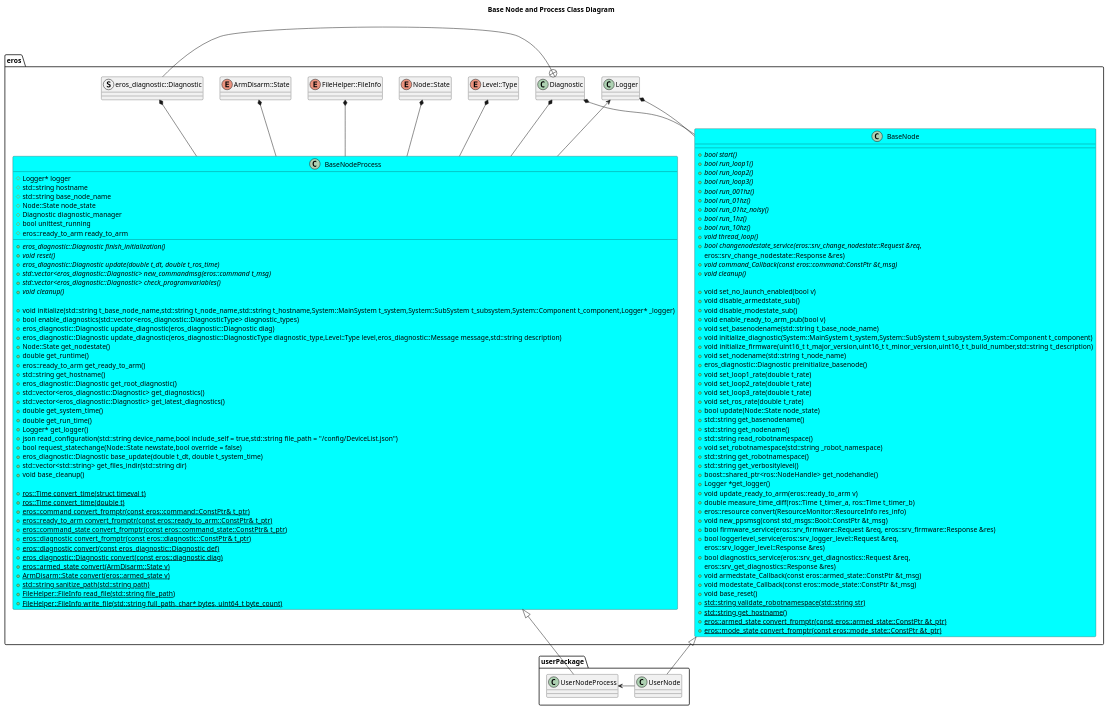
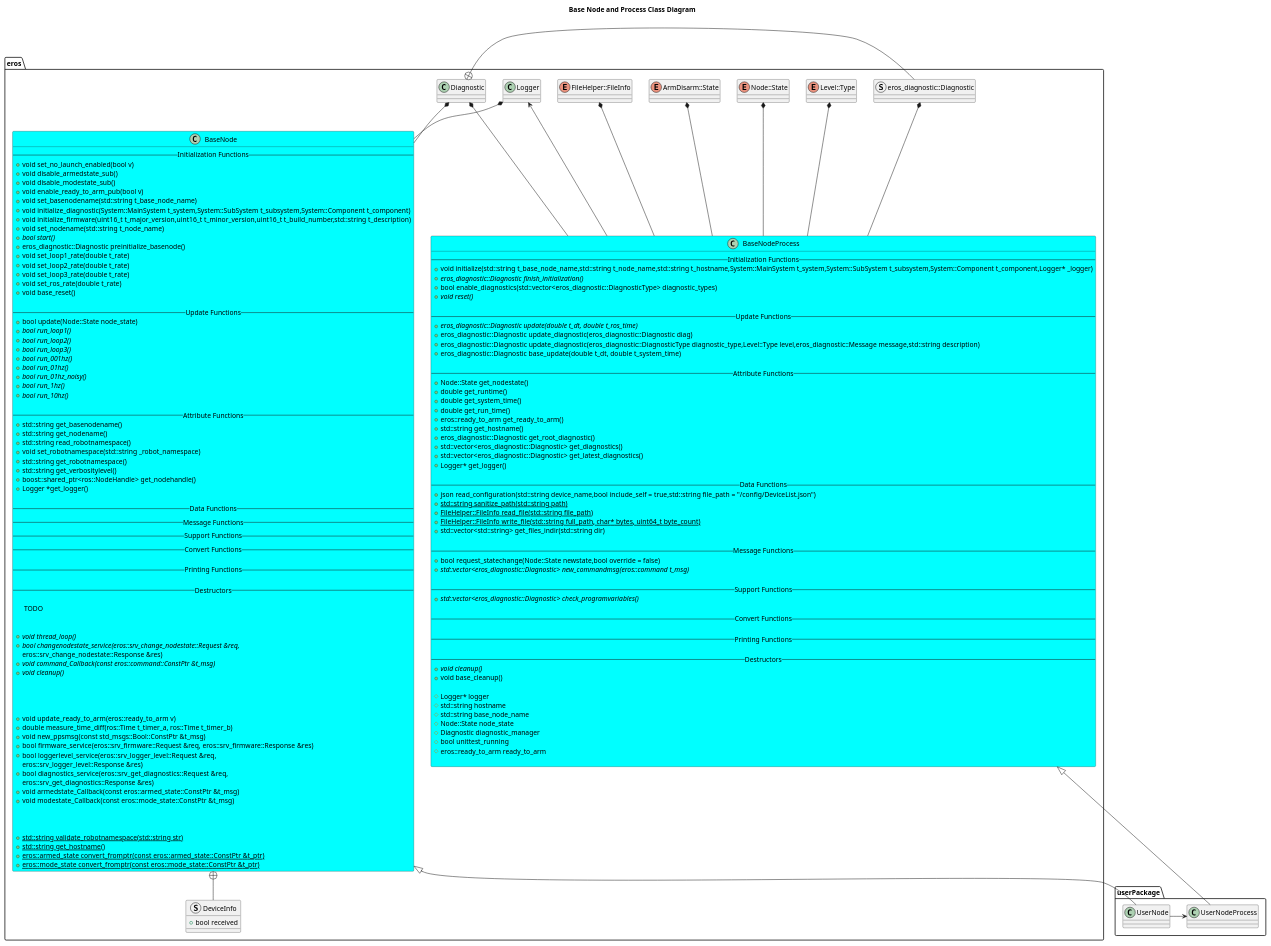
Before and after one commit to dgitz/eros: the diagram in include/eros/doc/BaseNodeClassDiagram.puml, drawn with PlantUML. The commit also changed 51 other files, not shown here.

First line of the commit message:
Bug 1370 cleanup core class diagrams (#251)

```diff
--- a/include/eros/doc/BaseNodeClassDiagram.puml
+++ b/include/eros/doc/BaseNodeClassDiagram.puml
@@ -1,140 +1,170 @@
 @startuml
 title Base Node and Process Class Diagram
 package eros {
     together {
         enum Level::Type
         struct eros_diagnostic::Diagnostic
         enum Node::State
         class Logger
         enum ArmDisarm::State
         enum FileHelper::FileInfo
         class Diagnostic
     }
 
     Logger <-- BaseNodeProcess
     Level::Type *-- BaseNodeProcess
     eros_diagnostic::Diagnostic *-- BaseNodeProcess
     Node::State *-- BaseNodeProcess
     ArmDisarm::State *-- BaseNodeProcess
     FileHelper::FileInfo *-- BaseNodeProcess
     Diagnostic *-- BaseNodeProcess
     Diagnostic *-- BaseNode
     Logger *-- BaseNode
     Diagnostic +- eros_diagnostic::Diagnostic
     class BaseNodeProcess #Cyan {
+        -- Initialization Functions --
+        +void initialize(std::string t_base_node_name,std::string t_node_name,std::string t_hostname,System::MainSystem t_system,System::SubSystem t_subsystem,System::Component t_component,Logger* _logger)
         +{abstract} eros_diagnostic::Diagnostic finish_initialization()
+        +bool enable_diagnostics(std::vector<eros_diagnostic::DiagnosticType> diagnostic_types)
         +{abstract} void reset()
+
+        -- Update Functions --
         +{abstract} eros_diagnostic::Diagnostic update(double t_dt, double t_ros_time)
-        +{abstract} std::vector<eros_diagnostic::Diagnostic> new_commandmsg(eros::command t_msg)
-        +{abstract} std::vector<eros_diagnostic::Diagnostic> check_programvariables() 
-        +{abstract} void cleanup()
-
-        +void initialize(std::string t_base_node_name,std::string t_node_name,std::string t_hostname,System::MainSystem t_system,System::SubSystem t_subsystem,System::Component t_component,Logger* _logger)
-        +bool enable_diagnostics(std::vector<eros_diagnostic::DiagnosticType> diagnostic_types)
         +eros_diagnostic::Diagnostic update_diagnostic(eros_diagnostic::Diagnostic diag)
         +eros_diagnostic::Diagnostic update_diagnostic(eros_diagnostic::DiagnosticType diagnostic_type,Level::Type level,eros_diagnostic::Message message,std::string description)
+        +eros_diagnostic::Diagnostic base_update(double t_dt, double t_system_time)
+
+        -- Attribute Functions --
         +Node::State get_nodestate()
         +double get_runtime()
+        +double get_system_time() 
+        +double get_run_time()
         +eros::ready_to_arm get_ready_to_arm()
         +std::string get_hostname()
         +eros_diagnostic::Diagnostic get_root_diagnostic()
         +std::vector<eros_diagnostic::Diagnostic> get_diagnostics()
         +std::vector<eros_diagnostic::Diagnostic> get_latest_diagnostics()
-        +double get_system_time() 
-        +double get_run_time()
         +Logger* get_logger()
+
+        -- Data Functions --
         +json read_configuration(std::string device_name,bool include_self = true,std::string file_path = "~/config/DeviceList.json")
-        +bool request_statechange(Node::State newstate,bool override = false)
-        +eros_diagnostic::Diagnostic base_update(double t_dt, double t_system_time)
-        +std::vector<std::string> get_files_indir(std::string dir)
-        +void base_cleanup()
-
-        +{static} ros::Time convert_time(struct timeval t)
-        +{static} ros::Time convert_time(double t)
-        +{static} eros::command convert_fromptr(const eros::command::ConstPtr& t_ptr)
-        +{static} eros::ready_to_arm convert_fromptr(const eros::ready_to_arm::ConstPtr& t_ptr)
-        +{static} eros::command_state convert_fromptr(const eros::command_state::ConstPtr& t_ptr)
-        +{static} eros::diagnostic convert_fromptr(const eros::diagnostic::ConstPtr& t_ptr)
-        +{static} eros::diagnostic convert(const eros_diagnostic::Diagnostic def)
-        +{static} eros_diagnostic::Diagnostic convert(const eros::diagnostic diag)
-        +{static} eros::armed_state convert(ArmDisarm::State v)
-        +{static} ArmDisarm::State convert(eros::armed_state v)
         +{static} std::string sanitize_path(std::string path)
         +{static} FileHelper::FileInfo read_file(std::string file_path)
         +{static} FileHelper::FileInfo write_file(std::string full_path, char* bytes, uint64_t byte_count)
+        +std::vector<std::string> get_files_indir(std::string dir)
 
+        -- Message Functions --
+        +bool request_statechange(Node::State newstate,bool override = false)
+        +{abstract} std::vector<eros_diagnostic::Diagnostic> new_commandmsg(eros::command t_msg)
+        
+        -- Support Functions --
+        +{abstract} std::vector<eros_diagnostic::Diagnostic> check_programvariables() 
+
+        -- Convert Functions --
+        
+        -- Printing Functions --
+
+        -- Destructors --
+        +{abstract} void cleanup()
+        +void base_cleanup()
+  
         #Logger* logger
         #std::string hostname
         #std::string base_node_name
         #Node::State node_state
         #Diagnostic diagnostic_manager
         #bool unittest_running
         #eros::ready_to_arm ready_to_arm
 
     }
+    struct DeviceInfo {
+        +bool received
+    }
     class BaseNode #Cyan {
+        -- Initialization Functions --
+        +void set_no_launch_enabled(bool v)
+        +void disable_armedstate_sub()
+        +void disable_modestate_sub()
+        +void enable_ready_to_arm_pub(bool v)
+        +void set_basenodename(std::string t_base_node_name)
+        +void initialize_diagnostic(System::MainSystem t_system,System::SubSystem t_subsystem,System::Component t_component)
+        +void initialize_firmware(uint16_t t_major_version,uint16_t t_minor_version,uint16_t t_build_number,std::string t_description)
+        +void set_nodename(std::string t_node_name)
         +{abstract} bool start()
+        +eros_diagnostic::Diagnostic preinitialize_basenode()
+        +void set_loop1_rate(double t_rate)
+        +void set_loop2_rate(double t_rate)
+        +void set_loop3_rate(double t_rate)
+        +void set_ros_rate(double t_rate)
+        +void base_reset()
+
+        -- Update Functions --
+        +bool update(Node::State node_state)
         +{abstract} bool run_loop1()
         +{abstract} bool run_loop2()
         +{abstract} bool run_loop3()
         +{abstract} bool run_001hz()
         +{abstract} bool run_01hz()
         +{abstract} bool run_01hz_noisy()
         +{abstract} bool run_1hz()
         +{abstract} bool run_10hz()
-        +{abstract} void thread_loop()
-        +{abstract} bool changenodestate_service(eros::srv_change_nodestate::Request &req,
-                                            eros::srv_change_nodestate::Response &res)
-        +{abstract} void command_Callback(const eros::command::ConstPtr &t_msg)
-        +{abstract} void cleanup()
 
-        +void set_no_launch_enabled(bool v)
-        +void disable_armedstate_sub()
-        +void disable_modestate_sub()
-        +void enable_ready_to_arm_pub(bool v)
-        +void set_basenodename(std::string t_base_node_name)
-        +void initialize_diagnostic(System::MainSystem t_system,System::SubSystem t_subsystem,System::Component t_component)
-        +void initialize_firmware(uint16_t t_major_version,uint16_t t_minor_version,uint16_t t_build_number,std::string t_description)
-        +void set_nodename(std::string t_node_name)
-        +eros_diagnostic::Diagnostic preinitialize_basenode()
-        +void set_loop1_rate(double t_rate)
-        +void set_loop2_rate(double t_rate)
-        +void set_loop3_rate(double t_rate)
-        +void set_ros_rate(double t_rate)
-        +bool update(Node::State node_state)
+        -- Attribute Functions --
         +std::string get_basenodename()
         +std::string get_nodename()
         +std::string read_robotnamespace()
         +void set_robotnamespace(std::string _robot_namespace)
         +std::string get_robotnamespace()
         +std::string get_verbositylevel()
         +boost::shared_ptr<ros::NodeHandle> get_nodehandle()
         +Logger *get_logger()
+
+        -- Data Functions --
+        -- Message Functions --
+        -- Support Functions --
+        -- Convert Functions --
+        
+        -- Printing Functions --
+
+        -- Destructors --
+
+        -- TODO -- 
+        
+        
+        +{abstract} void thread_loop()
+        +{abstract} bool changenodestate_service(eros::srv_change_nodestate::Request &req,
+                                            eros::srv_change_nodestate::Response &res)
+        +{abstract} void command_Callback(const eros::command::ConstPtr &t_msg)
+        +{abstract} void cleanup()
+
+        
+        
+        
         +void update_ready_to_arm(eros::ready_to_arm v)
         +double measure_time_diff(ros::Time t_timer_a, ros::Time t_timer_b)
-        +eros::resource convert(ResourceMonitor::ResourceInfo res_info)
         +void new_ppsmsg(const std_msgs::Bool::ConstPtr &t_msg)
         +bool firmware_service(eros::srv_firmware::Request &req, eros::srv_firmware::Response &res)
         +bool loggerlevel_service(eros::srv_logger_level::Request &req,
                                 eros::srv_logger_level::Response &res)
         +bool diagnostics_service(eros::srv_get_diagnostics::Request &req,
                                 eros::srv_get_diagnostics::Response &res)
         +void armedstate_Callback(const eros::armed_state::ConstPtr &t_msg)
         +void modestate_Callback(const eros::mode_state::ConstPtr &t_msg)
-        +void base_reset()
+
 
 
         +{static} std::string validate_robotnamespace(std::string str)
         +{static} std::string get_hostname()
         +{static} eros::armed_state convert_fromptr(const eros::armed_state::ConstPtr &t_ptr)
         +{static} eros::mode_state convert_fromptr(const eros::mode_state::ConstPtr &t_ptr)
     }
+    BaseNode +-- DeviceInfo
 }
 package userPackage {
     class UserNodeProcess
     class UserNode
     BaseNode <|-- UserNode
     BaseNodeProcess <|-- UserNodeProcess
     UserNode -> UserNodeProcess 
 }
 @enduml
```
